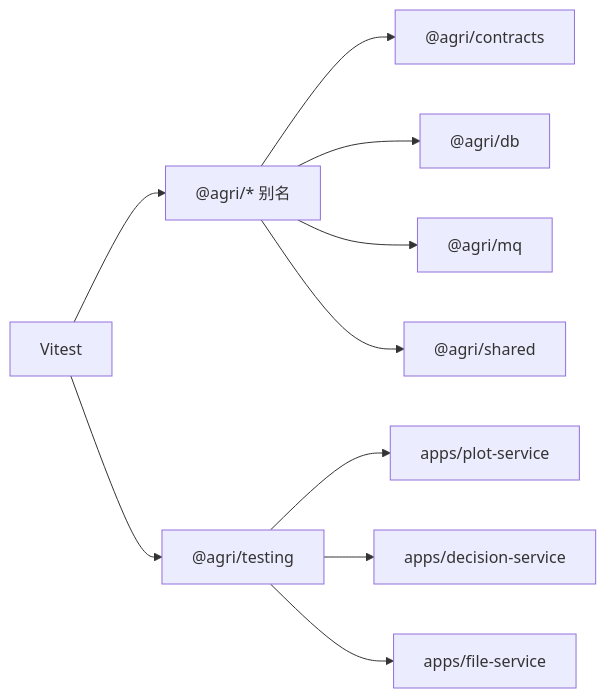
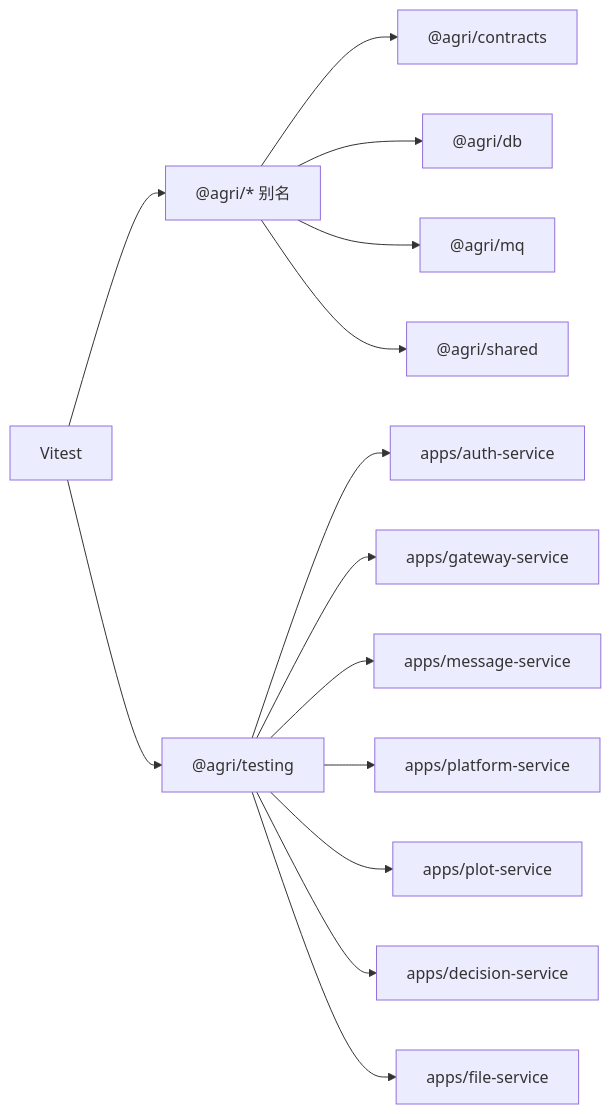
Before and after one commit to q446328246/agri-platform: diagram 16 of 16 in .qoder/repowiki/zh/content/测试策略/测试策略.md, drawn with Mermaid. The commit also changed other lines of this file and 84 other files, not shown here.

````diff
--- a/.qoder/repowiki/zh/content/测试策略/测试策略.md
+++ b/.qoder/repowiki/zh/content/测试策略/测试策略.md
@@ -315,12 +522,16 @@
 ```mermaid
 graph LR
 Vitest["Vitest"] --> Alias["@agri/* 别名"]
 Alias --> Contracts["@agri/contracts"]
 Alias --> Db["@agri/db"]
 Alias --> Mq["@agri/mq"]
 Alias --> Shared["@agri/shared"]
 Vitest --> Testing["@agri/testing"]
+Testing --> AuthService["apps/auth-service"]
+Testing --> GatewayService["apps/gateway-service"]
+Testing --> MessageService["apps/message-service"]
+Testing --> PlatformService["apps/platform-service"]
 Testing --> PlotService["apps/plot-service"]
 Testing --> DecisionService["apps/decision-service"]
 Testing --> FileService["apps/file-service"]
 ```
````
